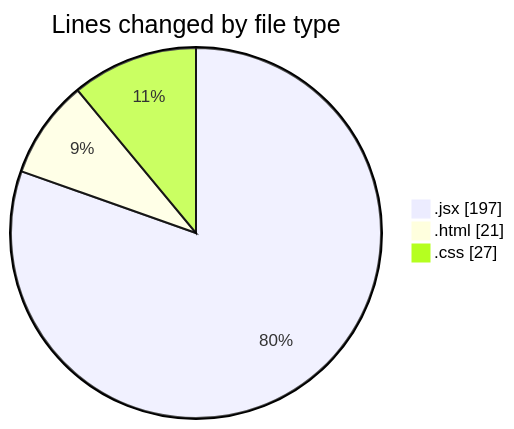
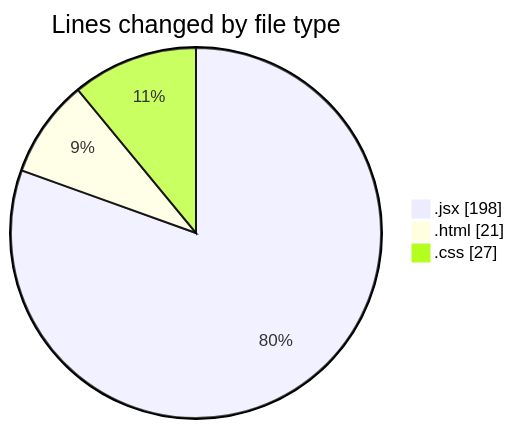
Before and after one commit to Elitesun/code-tracking: the first of 2 diagrams in 2025-02-13/elitegpt/README.md, drawn with Mermaid. The commit also changed other lines of this file and 1 other file, not shown here.

````diff
--- a/2025-02-13/elitegpt/README.md
+++ b/2025-02-13/elitegpt/README.md
@@ -26,7 +26,7 @@
 ```mermaid
 pie showData
 title Lines changed by file type
-".jsx" : 197
+".jsx" : 198
 ".html" : 21
 ".css" : 27
 ```
````
